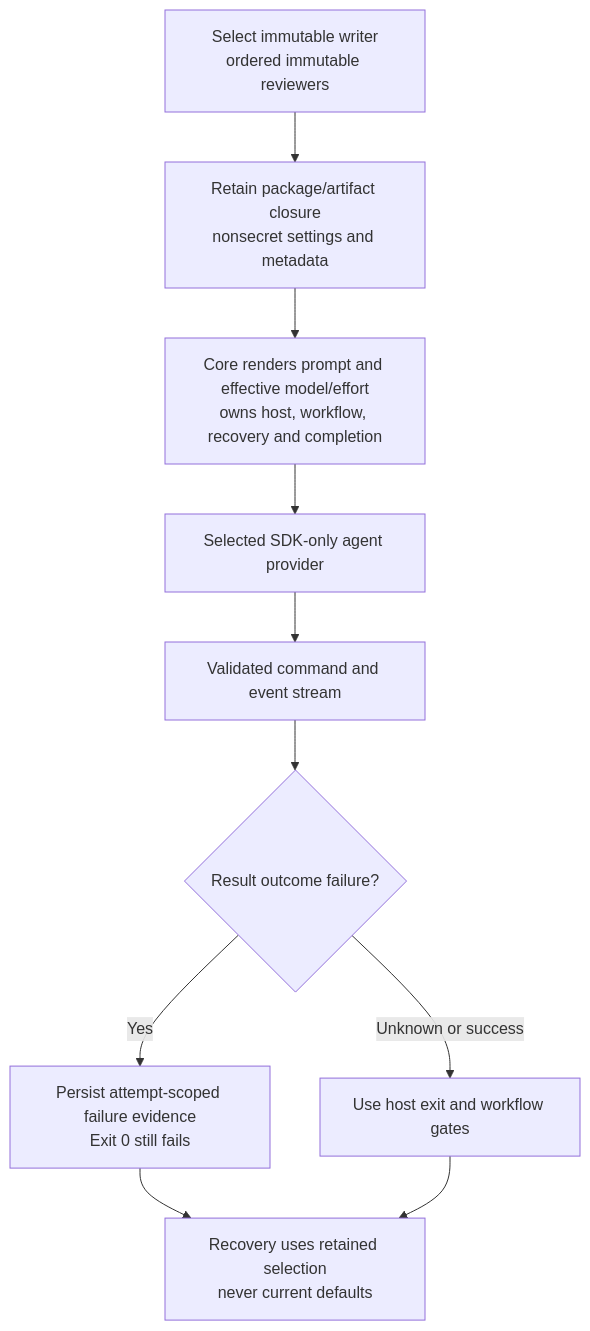
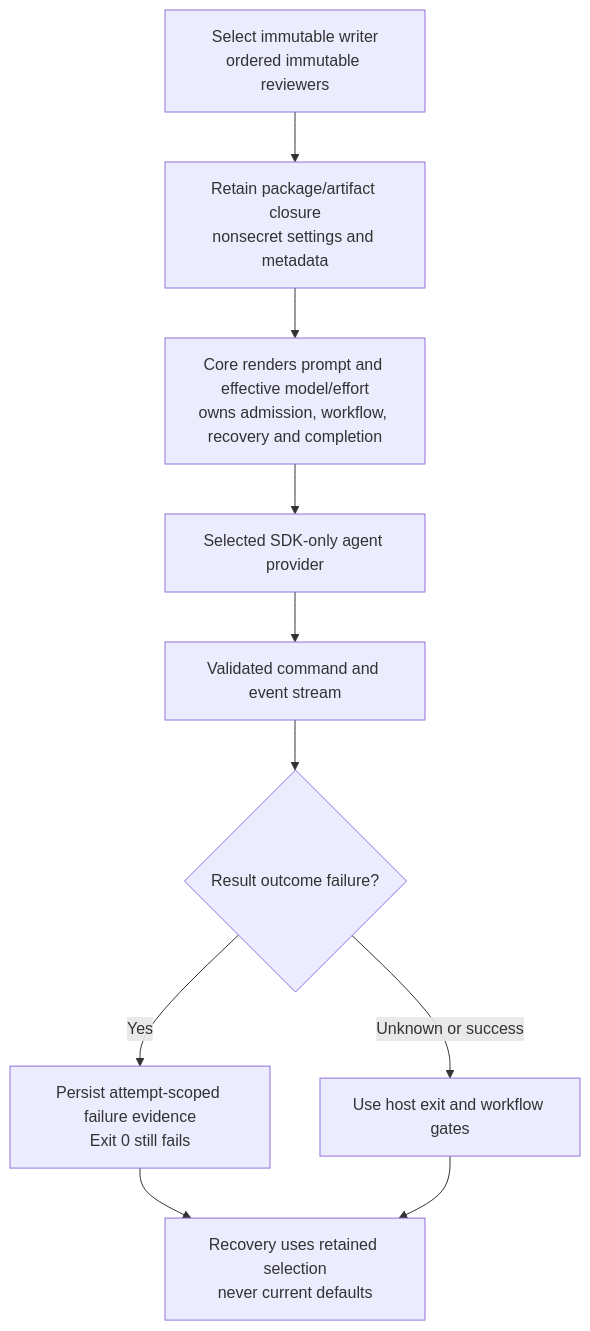
Diagram 12 of 19 in docs/helmsman-process.md (nloehlein-godaddy/helmsman), drawn with Mermaid before and after one commit. The commit also changed other lines of this file and 67 other files, not shown here.

````diff
--- a/docs/helmsman-process.md
+++ b/docs/helmsman-process.md
@@ -295,12 +295,12 @@
 ```mermaid
 flowchart TD
     Select[Select immutable writer<br/>ordered immutable reviewers] --> Closure[Retain package/artifact closure<br/>nonsecret settings and metadata]
-    Closure --> Core[Core renders prompt and effective model/effort<br/>owns host, workflow, recovery and completion]
+    Closure --> Core[Core renders prompt and effective model/effort<br/>owns admission, workflow, recovery and completion]
     Core --> Provider[Selected SDK-only agent provider]
     Provider --> Events[Validated command and event stream]
     Events --> Failure{Result outcome failure?}
     Failure -->|Yes| Journal[Persist attempt-scoped failure evidence<br/>Exit 0 still fails]
     Failure -->|Unknown or success| Exit[Use host exit and workflow gates]
     Journal --> Recovery[Recovery uses retained selection<br/>never current defaults]
     Exit --> Recovery
 ```
````
